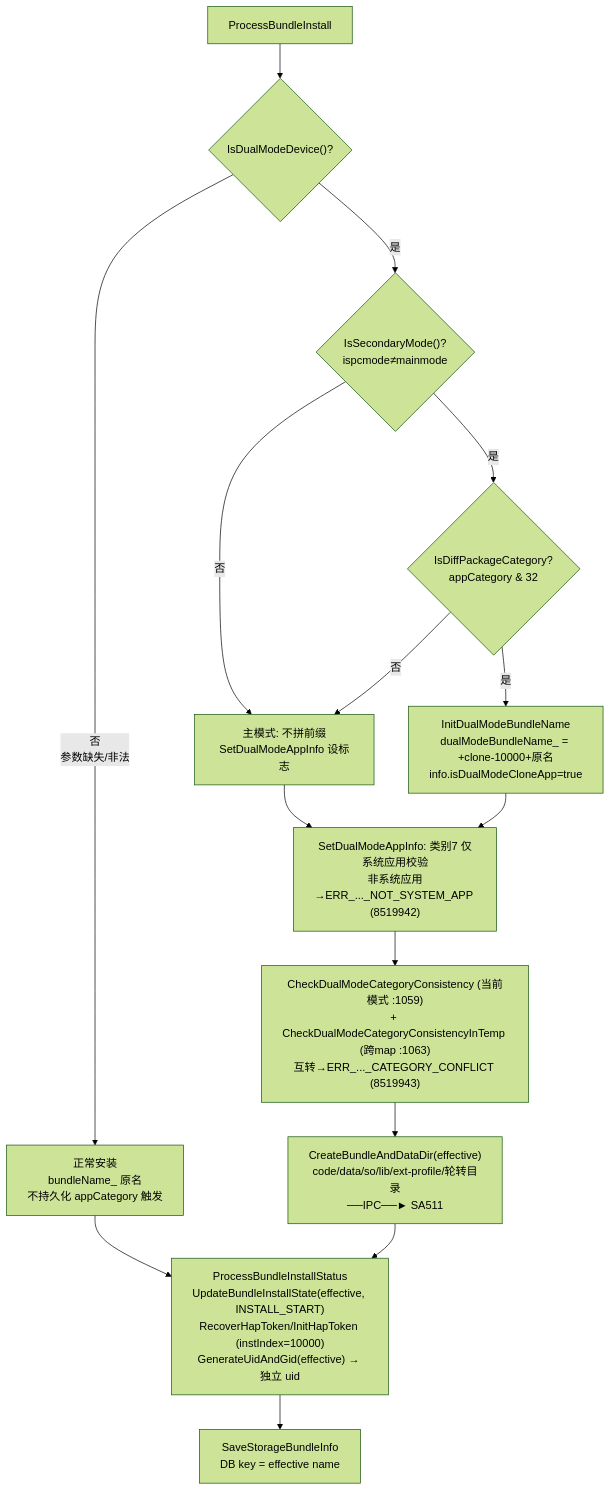
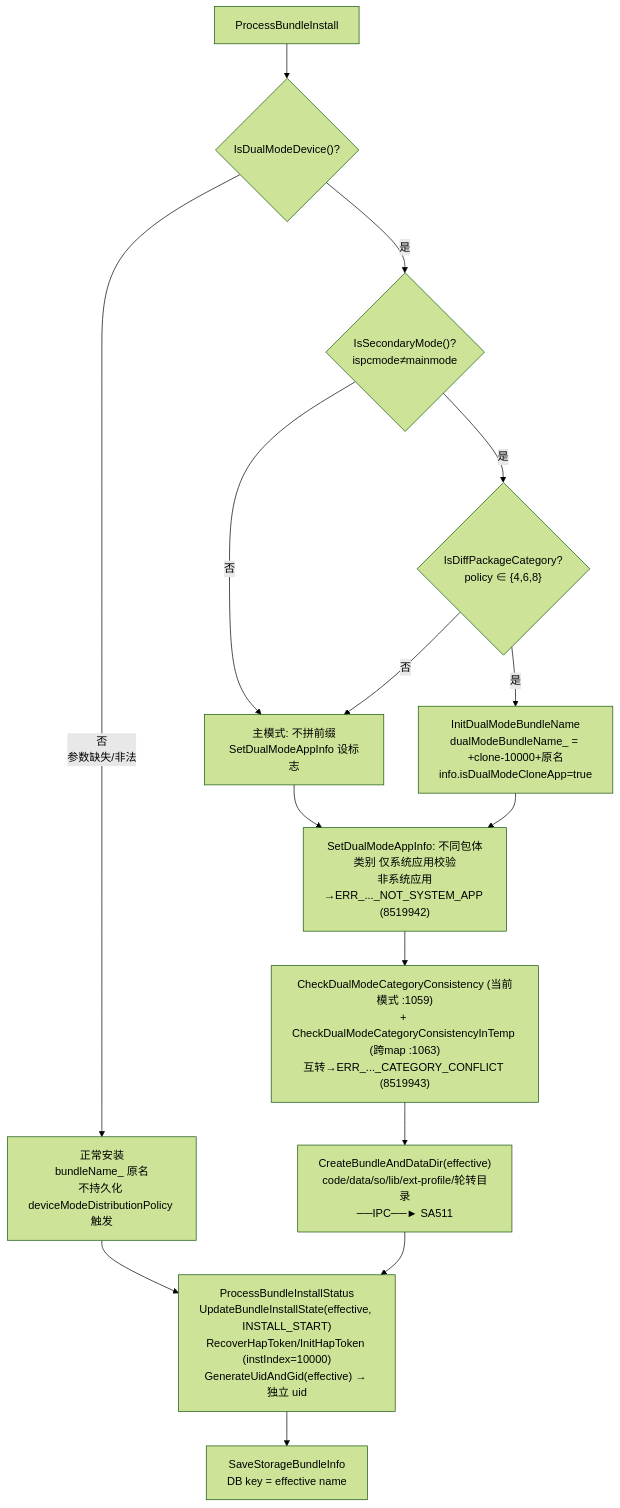
Before and after one commit to eclipse-oniro-mirrors/bundlemanager_bundle_framework: the third of 7 diagrams in .specs/features/dual-mode-app-install/design.md, drawn with Mermaid (forest theme). The commit also changed other lines of this file and 4 other files, not shown here.

````diff
--- a/.specs/features/dual-mode-app-install/design.md
+++ b/.specs/features/dual-mode-app-install/design.md
@@ -463,17 +463,17 @@
 ```mermaid
 flowchart TD
     A["ProcessBundleInstall"] --> B{"IsDualModeDevice()?"}
-    B -- "否<br/>参数缺失/非法" --> Z["正常安装<br/>bundleName_ 原名<br/>不持久化 appCategory 触发"]
+    B -- "否<br/>参数缺失/非法" --> Z["正常安装<br/>bundleName_ 原名<br/>不持久化 deviceModeDistributionPolicy 触发"]
     B -- 是 --> C{"IsSecondaryMode()?<br/>ispcmode≠mainmode"}
     C -- 否 --> D["主模式: 不拼前缀<br/>SetDualModeAppInfo 设标志"]
-    C -- 是 --> E{"IsDiffPackageCategory?<br/>appCategory & 32"}
+    C -- 是 --> E{"IsDiffPackageCategory?<br/>policy ∈ {4,6,8}"}
     E -- 否 --> D
     E -- 是 --> F["InitDualModeBundleName<br/>dualModeBundleName_ = +clone-10000+原名<br/>info.isDualModeCloneApp=true"]
-    F --> G["SetDualModeAppInfo: 类别7 仅系统应用校验<br/>非系统应用→ERR_..._NOT_SYSTEM_APP (8519942)"]
+    F --> G["SetDualModeAppInfo: 不同包体类别 仅系统应用校验<br/>非系统应用→ERR_..._NOT_SYSTEM_APP (8519942)"]
     D --> G
     G --> H["CheckDualModeCategoryConsistency (当前模式 :1059)<br/>+ CheckDualModeCategoryConsistencyInTemp (跨map :1063)<br/>互转→ERR_..._CATEGORY_CONFLICT (8519943)"]
     H --> I["CreateBundleAndDataDir(effective)<br/>code/data/so/lib/ext-profile/轮转目录<br/>──IPC──► SA511"]
     I --> J["ProcessBundleInstallStatus<br/>UpdateBundleInstallState(effective, INSTALL_START)<br/>RecoverHapToken/InitHapToken (instIndex=10000)<br/>GenerateUidAndGid(effective) → 独立 uid"]
     J --> K["SaveStorageBundleInfo<br/>DB key = effective name"]
     Z --> J
 ```
````
